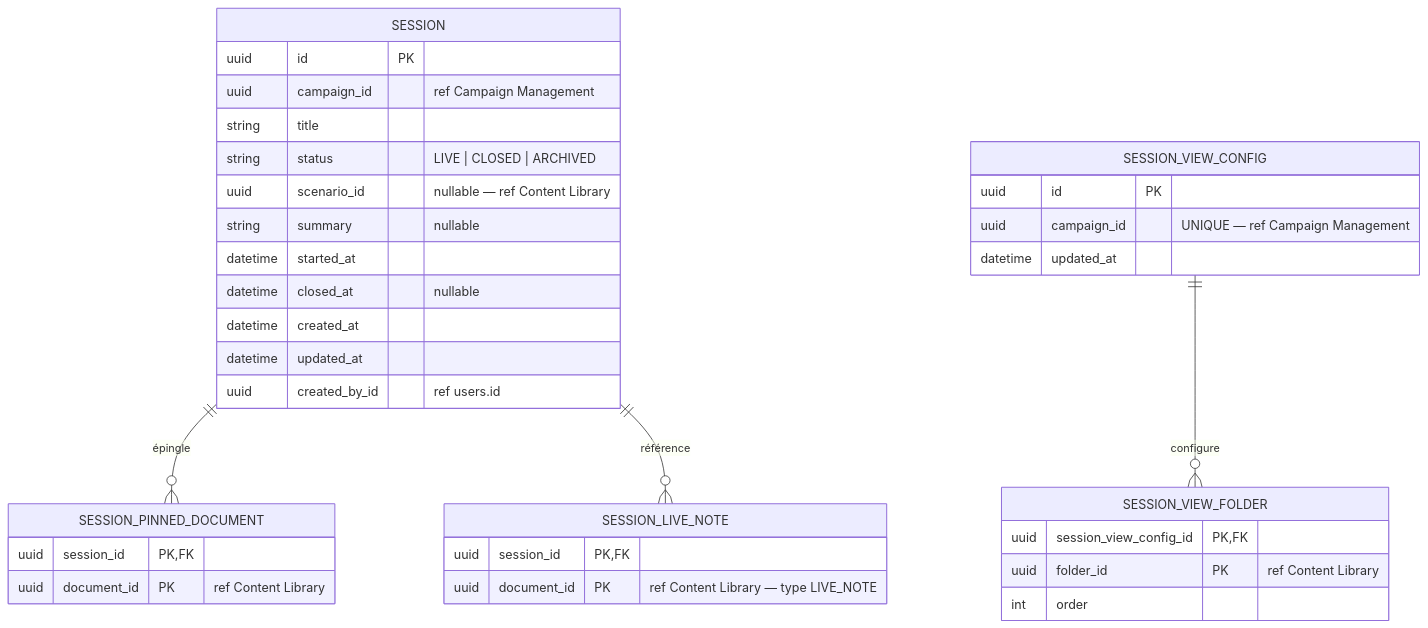
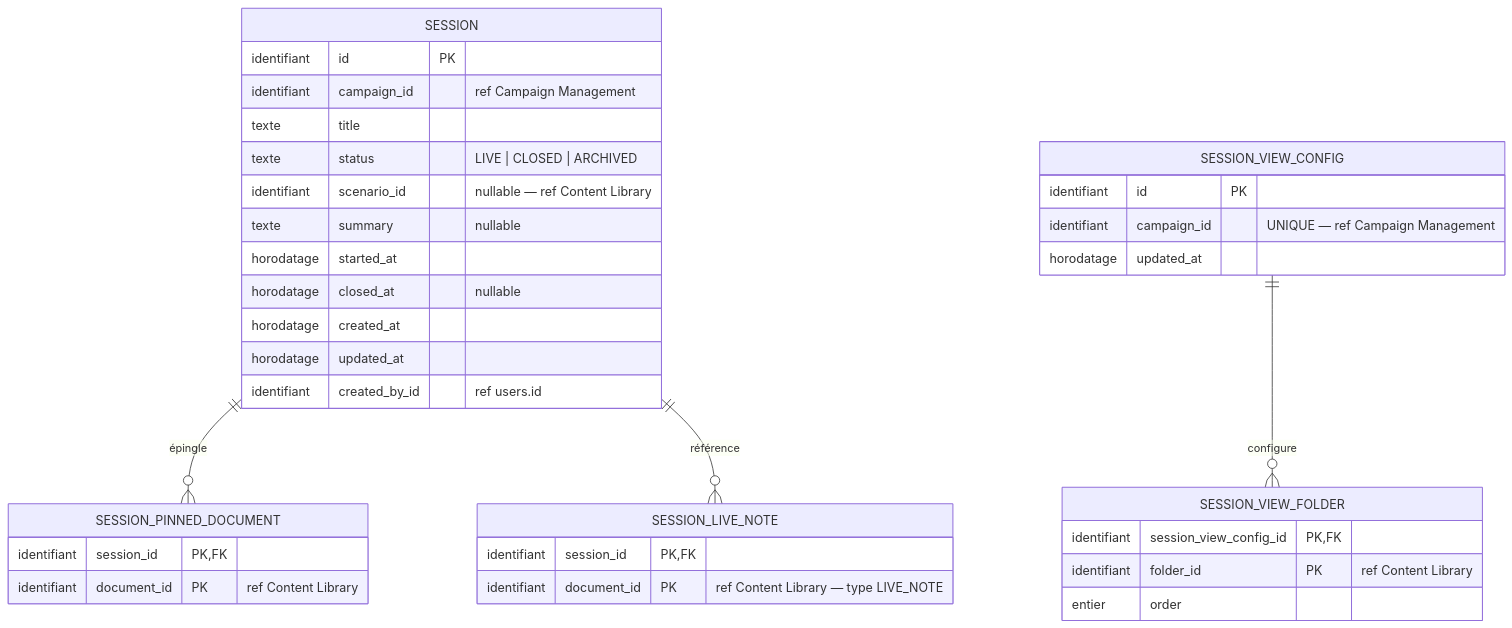
The diagram in docs/conception/domain/diagrams/mcd/session-conduct.md (2025-10-CDA-ECO-P6/PM-micro-saas), drawn with Mermaid before and after one commit. The commit also changed 107 other files, not shown here.

````diff
--- a/docs/conception/domain/diagrams/mcd/session-conduct.md
+++ b/docs/conception/domain/diagrams/mcd/session-conduct.md
@@ -3,42 +3,42 @@
 ```mermaid
 erDiagram
     SESSION {
-        uuid id PK
-        uuid campaign_id "ref Campaign Management"
-        string title
-        string status "LIVE | CLOSED | ARCHIVED"
-        uuid scenario_id "nullable — ref Content Library"
-        string summary "nullable"
-        datetime started_at
-        datetime closed_at "nullable"
-        datetime created_at
-        datetime updated_at
-        uuid created_by_id "ref users.id"
+        identifiant id PK
+        identifiant campaign_id "ref Campaign Management"
+        texte title
+        texte status "LIVE | CLOSED | ARCHIVED"
+        identifiant scenario_id "nullable — ref Content Library"
+        texte summary "nullable"
+        horodatage started_at
+        horodatage closed_at "nullable"
+        horodatage created_at
+        horodatage updated_at
+        identifiant created_by_id "ref users.id"
     }
 
     SESSION_PINNED_DOCUMENT {
-        uuid session_id PK,FK
-        uuid document_id PK "ref Content Library"
+        identifiant session_id PK,FK
+        identifiant document_id PK "ref Content Library"
     }
 
     SESSION_LIVE_NOTE {
-        uuid session_id PK,FK
-        uuid document_id PK "ref Content Library — type LIVE_NOTE"
+        identifiant session_id PK,FK
+        identifiant document_id PK "ref Content Library — type LIVE_NOTE"
     }
 
     SESSION_VIEW_CONFIG {
-        uuid id PK
-        uuid campaign_id "UNIQUE — ref Campaign Management"
-        datetime updated_at
+        identifiant id PK
+        identifiant campaign_id "UNIQUE — ref Campaign Management"
+        horodatage updated_at
     }
 
     SESSION_VIEW_FOLDER {
-        uuid session_view_config_id PK,FK
-        uuid folder_id PK "ref Content Library"
-        int order
+        identifiant session_view_config_id PK,FK
+        identifiant folder_id PK "ref Content Library"
+        entier order
     }
 
     SESSION ||--o{ SESSION_PINNED_DOCUMENT : "épingle"
     SESSION ||--o{ SESSION_LIVE_NOTE : "référence"
     SESSION_VIEW_CONFIG ||--o{ SESSION_VIEW_FOLDER : "configure"
 ```
````
